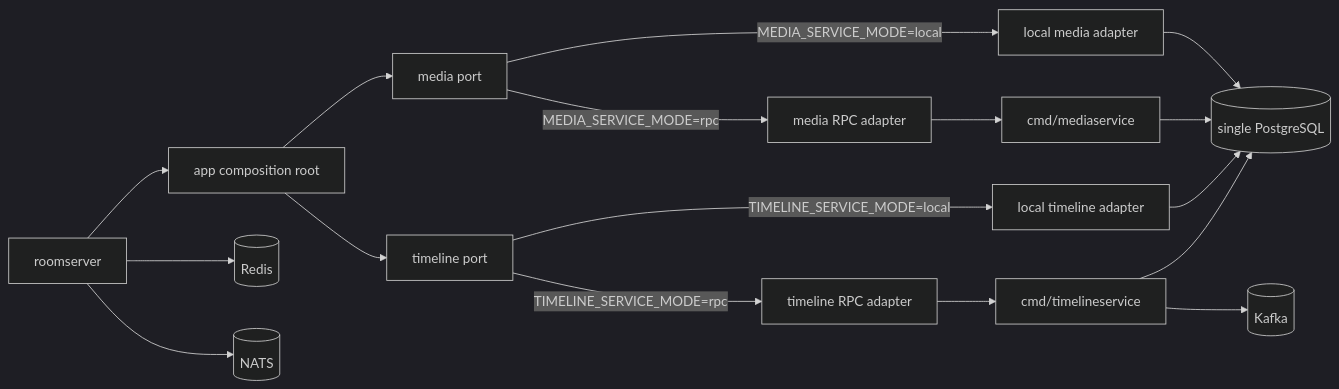
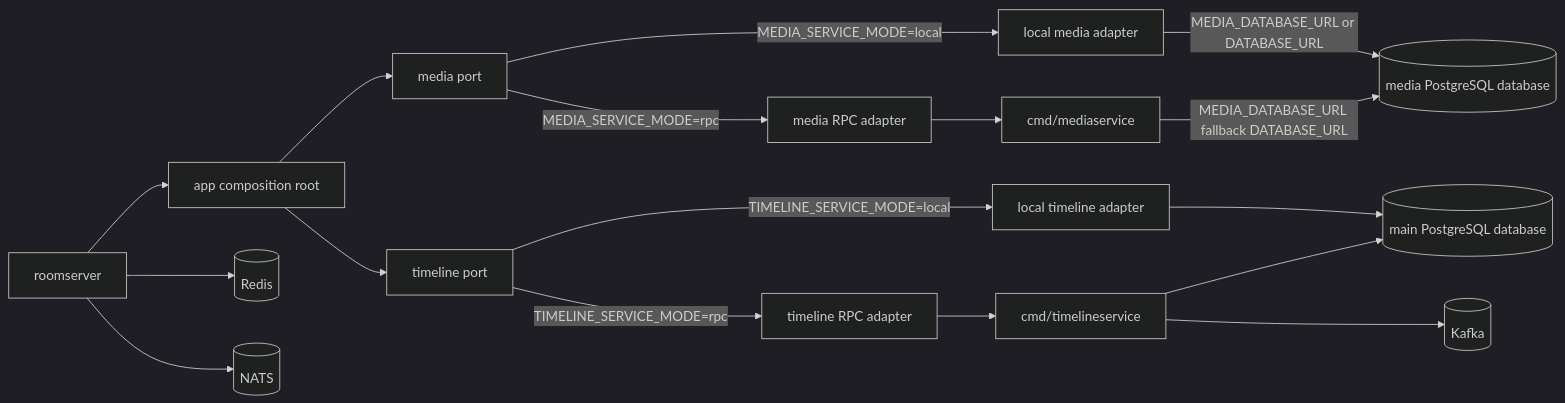
One commit to sunboyZgz/watch_together changed the first of 8 diagrams in docs/distributed-architecture.md. Above: the diagram before and after it, drawn with Mermaid (dark theme). The commit also changed other lines of this file and 39 other files, not shown here.

Commit message:
refactor: Separate the media database from the original user database

````diff
--- a/docs/distributed-architecture.md
+++ b/docs/distributed-architecture.md
@@ -37,34 +37,35 @@
 ```mermaid
 flowchart LR
   Roomserver[roomserver]
   App[app composition root]
   MediaPort[media port]
   TimelinePort[timeline port]
   MediaLocal[local media adapter]
   TimelineLocal[local timeline adapter]
   MediaRPC[media RPC adapter]
   TimelineRPC[timeline RPC adapter]
   MediaService[cmd/mediaservice]
   TimelineService[cmd/timelineservice]
-  PG[(single PostgreSQL)]
+  MainPG[(main PostgreSQL database)]
+  MediaPG[(media PostgreSQL database)]
   Kafka[(Kafka)]
   Redis[(Redis)]
   NATS[(NATS)]
 
   Roomserver --> App
   App --> MediaPort
   App --> TimelinePort
   MediaPort -->|MEDIA_SERVICE_MODE=local| MediaLocal
   MediaPort -->|MEDIA_SERVICE_MODE=rpc| MediaRPC
   TimelinePort -->|TIMELINE_SERVICE_MODE=local| TimelineLocal
   TimelinePort -->|TIMELINE_SERVICE_MODE=rpc| TimelineRPC
   MediaRPC --> MediaService
   TimelineRPC --> TimelineService
-  MediaLocal --> PG
-  TimelineLocal --> PG
-  MediaService --> PG
-  TimelineService --> PG
+  MediaLocal -->|MEDIA_DATABASE_URL or DATABASE_URL| MediaPG
+  TimelineLocal --> MainPG
+  MediaService -->|MEDIA_DATABASE_URL fallback DATABASE_URL| MediaPG
+  TimelineService --> MainPG
   TimelineService --> Kafka
   Roomserver --> Redis
   Roomserver --> NATS
 ```
````
